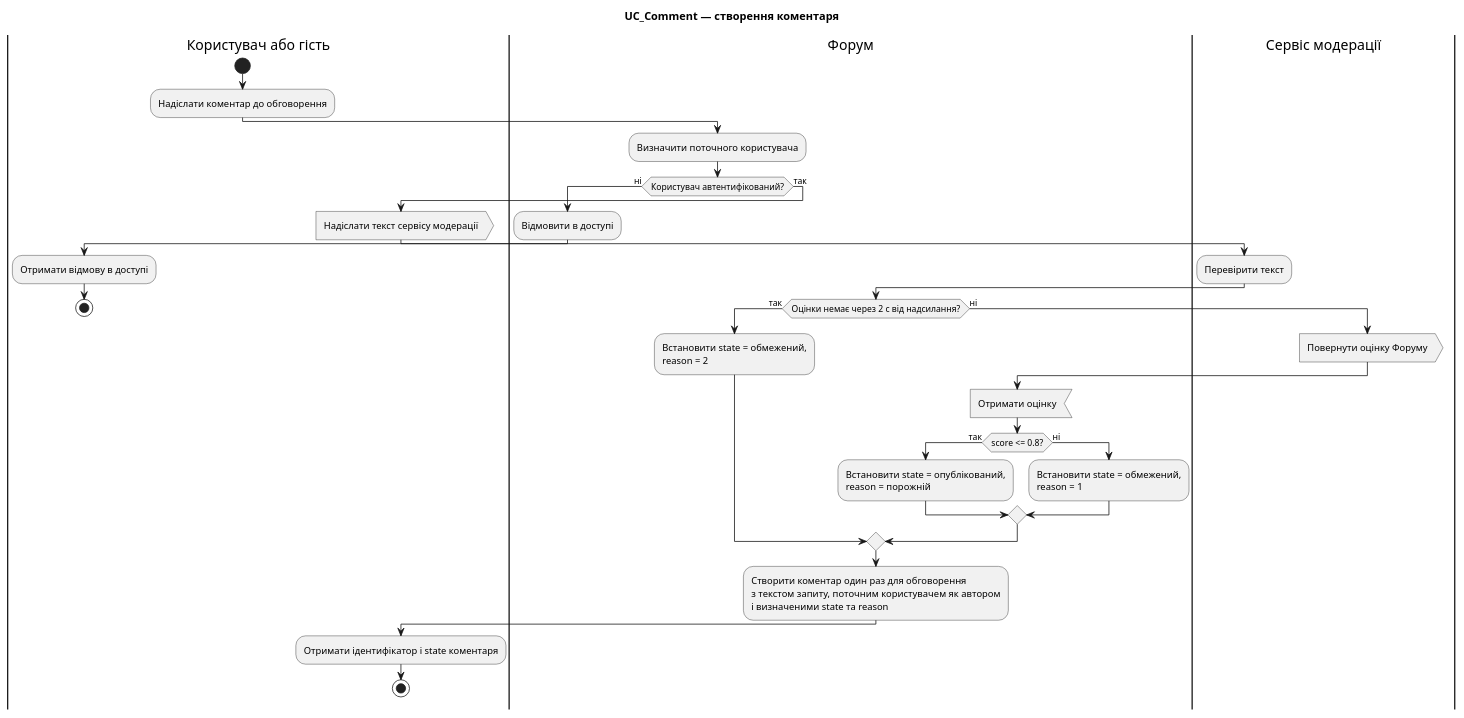
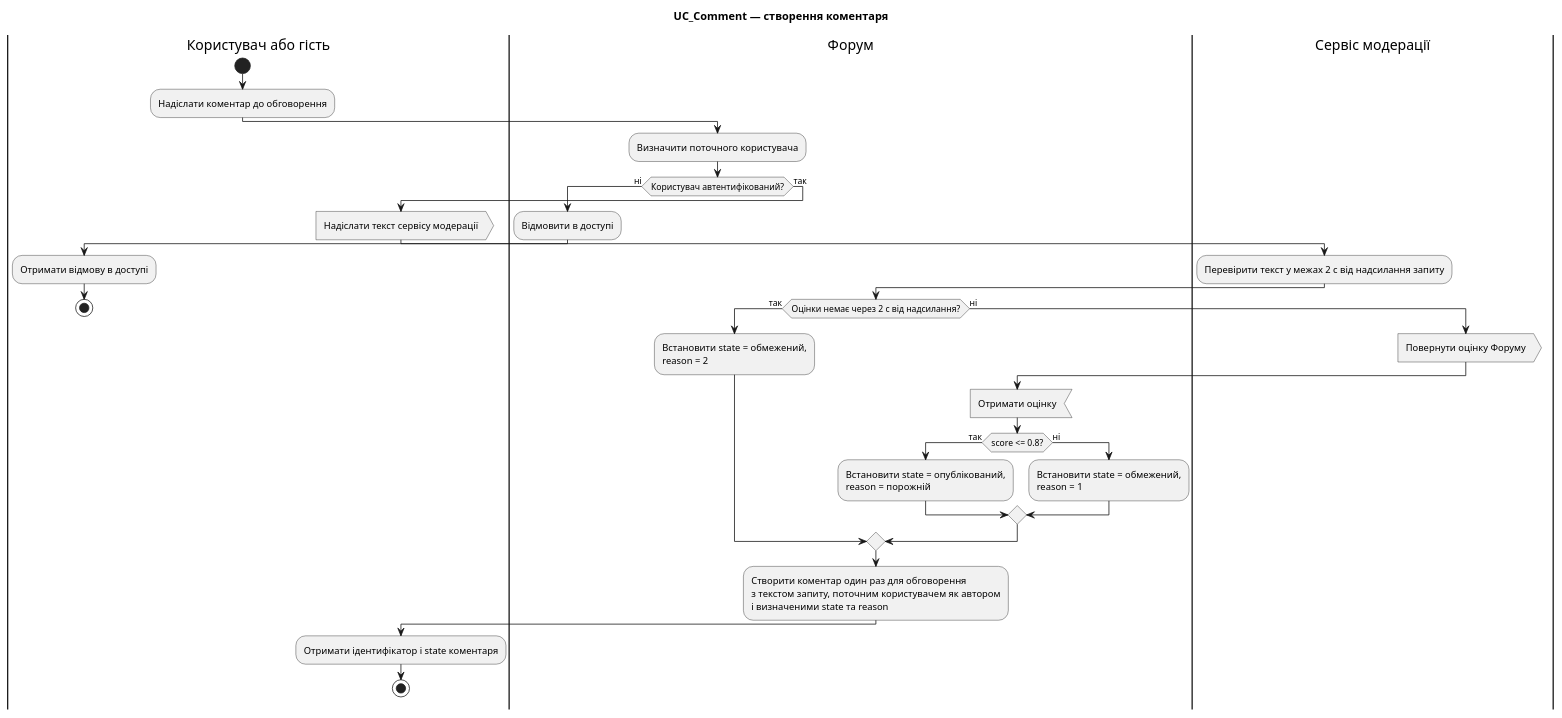
Before and after one commit to tevarindol/forum: the diagram in lab4/activity.puml, drawn with PlantUML.

Commit message:
fix(lab4): include moderation check in the 2-second timeout

```diff
--- a/lab4/activity.puml
+++ b/lab4/activity.puml
@@ -1,44 +1,44 @@
 @startuml
 title UC_Comment — створення коментаря
 
 |Користувач або гість|
 start
 :Надіслати коментар до обговорення;
 
 |Форум|
 :Визначити поточного користувача;
 if (Користувач автентифікований?) then (ні)
   :Відмовити в доступі;
   |Користувач або гість|
   :Отримати відмову в доступі;
   stop
 else (так)
   :Надіслати текст сервісу модерації>
   |Сервіс модерації|
-  :Перевірити текст;
+  :Перевірити текст у межах 2 с від надсилання запиту;
   |Форум|
   if (Оцінки немає через 2 с від надсилання?) then (так)
     :Встановити state = обмежений,
 reason = 2;
   else (ні)
     |Сервіс модерації|
     :Повернути оцінку Форуму>
     |Форум|
     :Отримати оцінку<
     if (score <= 0.8?) then (так)
       :Встановити state = опублікований,
 reason = порожній;
     else (ні)
       :Встановити state = обмежений,
 reason = 1;
     endif
   endif
 
   :Створити коментар один раз для обговорення
 з текстом запиту, поточним користувачем як автором
 і визначеними state та reason;
   |Користувач або гість|
   :Отримати ідентифікатор і state коментаря;
   stop
 endif
 @enduml
```
